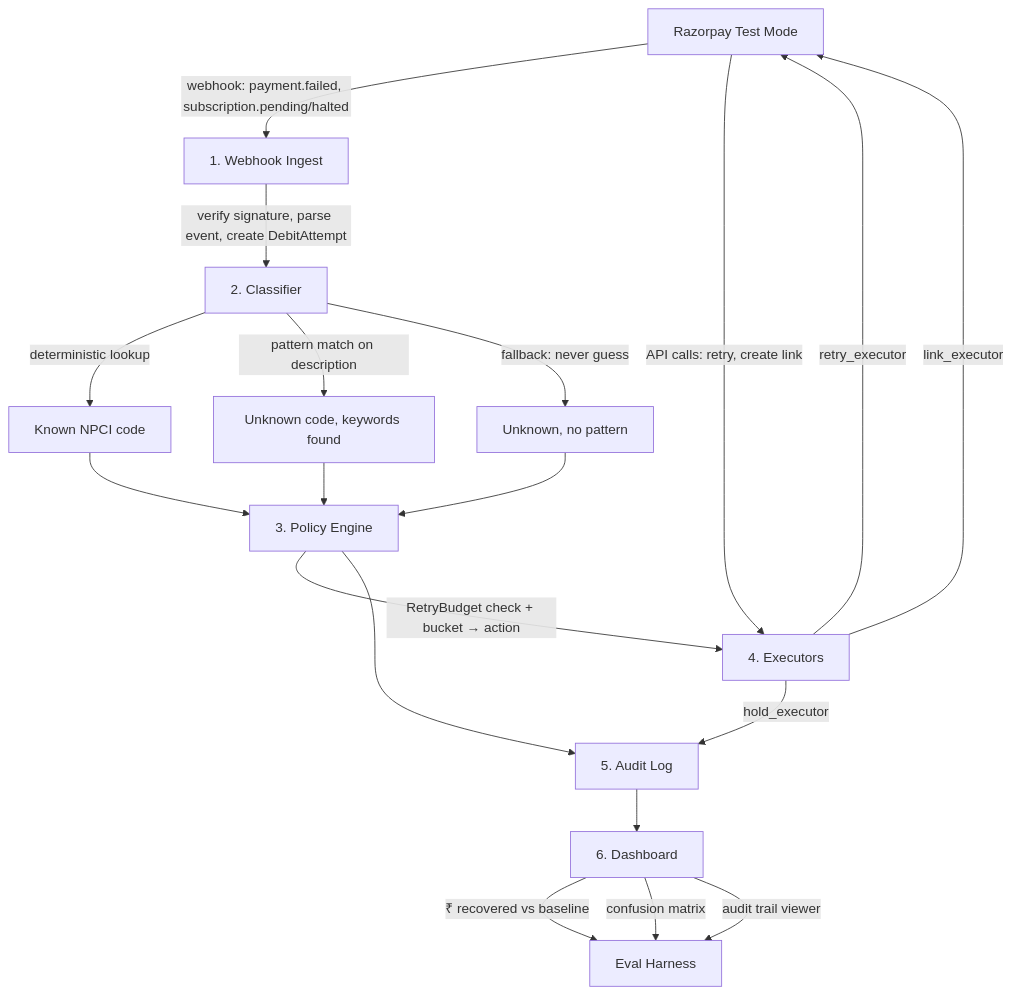
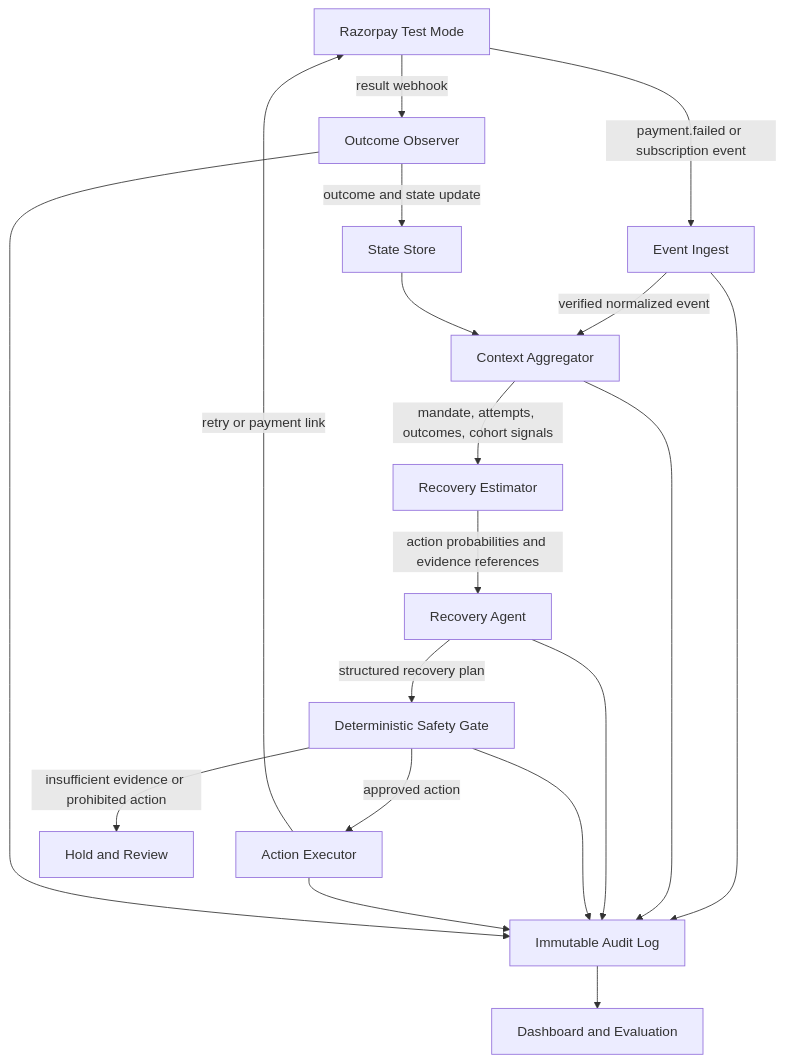
The first of 6 diagrams in docs/architecture.md (kundanjan/mandate-doctor), drawn with Mermaid before and after one commit. The commit also changed other lines of this file, not shown here.

Commit message:
docs: define evidence-bound recovery architecture

````diff
--- a/docs/architecture.md
+++ b/docs/architecture.md
@@ -15,28 +64,21 @@
 ```mermaid
 flowchart TD
-    A[Razorpay Test Mode] -->|webhook: payment.failed, subscription.pending/halted| B[1. Webhook Ingest]
-    A -->|API calls: retry, create link| E[4. Executors]
-
-    B -->|verify signature, parse event, create DebitAttempt| C[2. Classifier]
-
-    C -->|deterministic lookup| C1[Known NPCI code]
-    C -->|pattern match on description| C2[Unknown code, keywords found]
-    C -->|fallback: never guess| C3[Unknown, no pattern]
-
-    C1 --> D[3. Policy Engine]
-    C2 --> D
-    C3 --> D
-
-    D -->|RetryBudget check + bucket → action| E
-
-    E -->|retry_executor| A
-    E -->|link_executor| A
-    E -->|hold_executor| F[5. Audit Log]
-
-    D --> F
-
-    F --> G[6. Dashboard]
-    G -->|₹ recovered vs baseline| H[Eval Harness]
-    G -->|confusion matrix| H
-    G -->|audit trail viewer| H
+    R[Razorpay Test Mode] -->|payment.failed or subscription event| I[Event Ingest]
+    I -->|verified normalized event| C[Context Aggregator]
+    C -->|mandate, attempts, outcomes, cohort signals| P[Recovery Estimator]
+    P -->|action probabilities and evidence references| A[Recovery Agent]
+    A -->|structured recovery plan| G[Deterministic Safety Gate]
+    G -->|approved action| X[Action Executor]
+    G -->|insufficient evidence or prohibited action| H[Hold and Review]
+    X -->|retry or payment link| R
+    R -->|result webhook| O[Outcome Observer]
+    O -->|outcome and state update| S[State Store]
+    S --> C
+    I --> L[Immutable Audit Log]
+    C --> L
+    A --> L
+    G --> L
+    X --> L
+    O --> L
+    L --> D[Dashboard and Evaluation]
 ```
````
